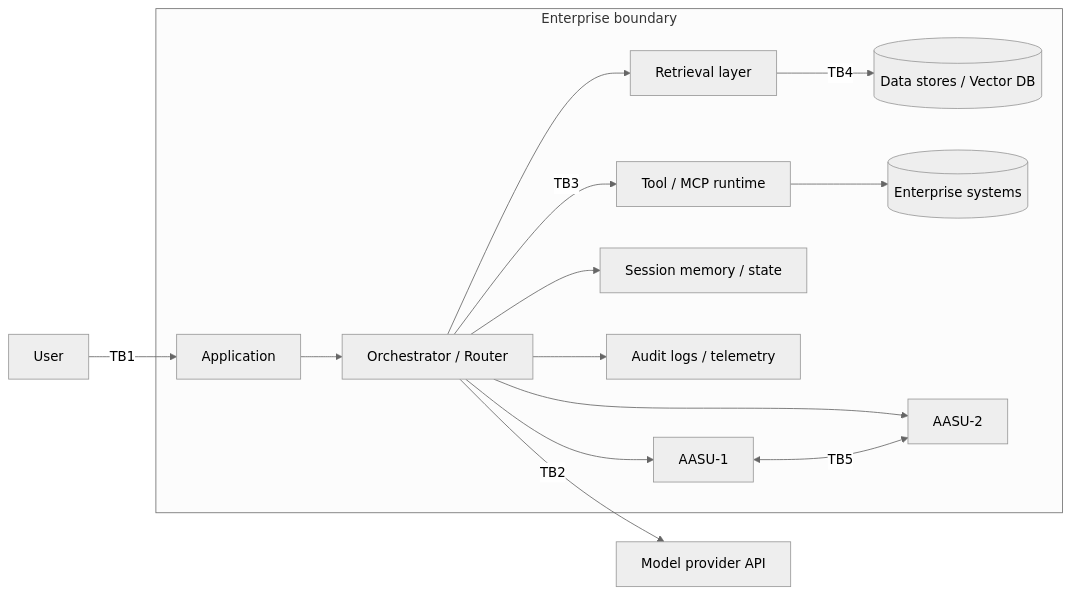
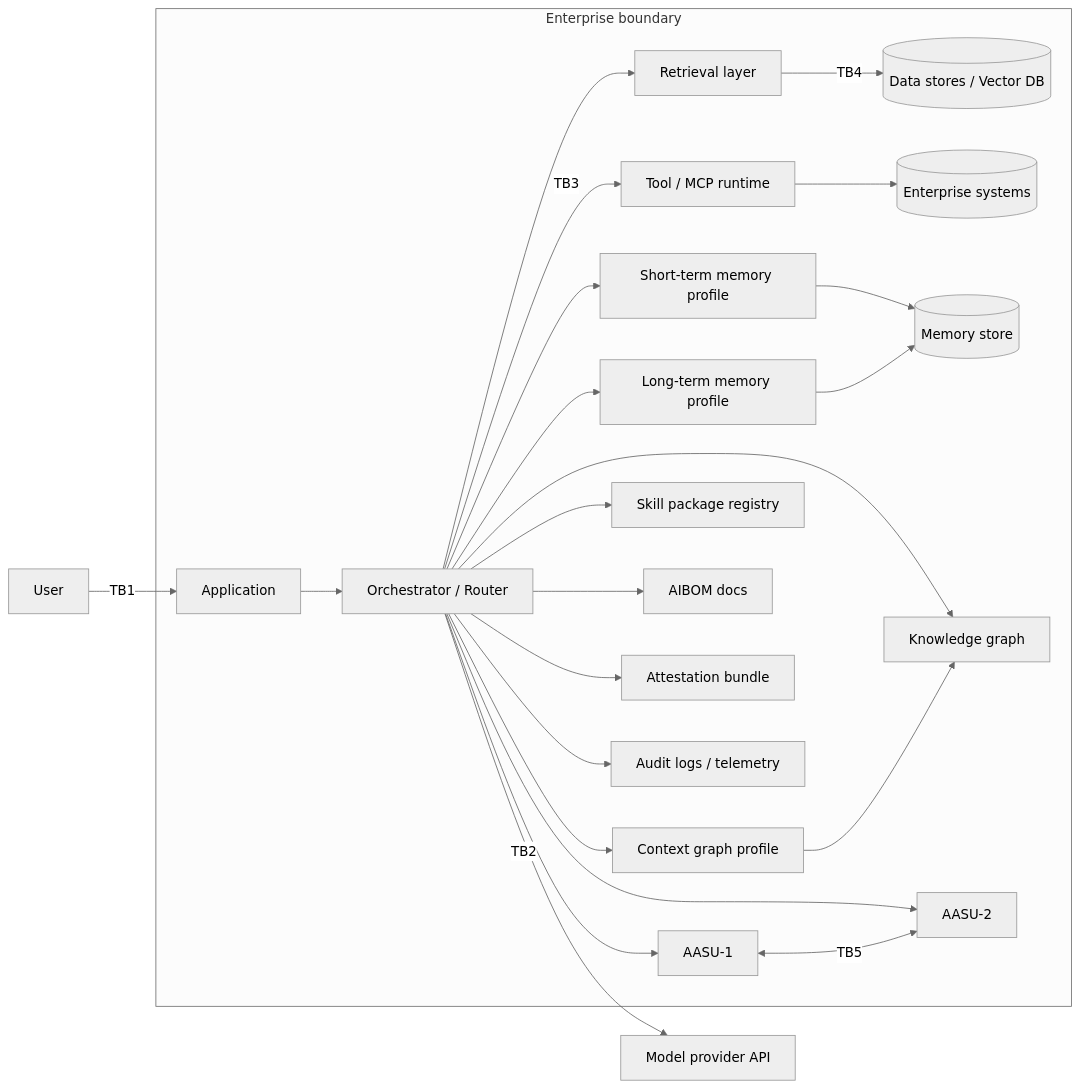
The seventh of 10 diagrams in AASU_White_Paper_Consolidated_v2_2.md (SAISec/AASU), drawn with Mermaid (neutral theme) before and after one commit. The commit also changed other lines of this file and 3 other files, not shown here.

Commit message:
docs(whitepaper): update mermaid diagrams for v1alpha2 governance model

````diff
--- a/AASU_White_Paper_Consolidated_v2_2.md
+++ b/AASU_White_Paper_Consolidated_v2_2.md
@@ -252,23 +270,32 @@
 ```mermaid
 flowchart LR
   U[User] -->|TB1| APP[Application]
 
   subgraph ENT["Enterprise boundary"]
     APP --> ORCH[Orchestrator / Router]
 
     ORCH --> RET[Retrieval layer]
     RET -->|TB4| DATA[(Data stores / Vector DB)]
 
     ORCH -->|TB3| TOOL[Tool / MCP runtime]
     TOOL --> SYS[(Enterprise systems)]
 
-    ORCH --> MEM[Session memory / state]
+    ORCH --> STM[Short-term memory profile]
+    ORCH --> LTM[Long-term memory profile]
+    STM --> MSTORE[(Memory store)]
+    LTM --> MSTORE
+    ORCH --> KG[Knowledge graph]
+    ORCH --> CG[Context graph profile]
+    CG --> KG
+    ORCH --> SK[Skill package registry]
+    ORCH --> BOM[AIBOM docs]
+    ORCH --> ATT[Attestation bundle]
     ORCH --> LOG[Audit logs / telemetry]
 
     ORCH --> A1[AASU-1]
     ORCH --> A2[AASU-2]
     A1 <-->|TB5| A2
   end
 
   ORCH -->|TB2| LLM[Model provider API]
 ```
````
